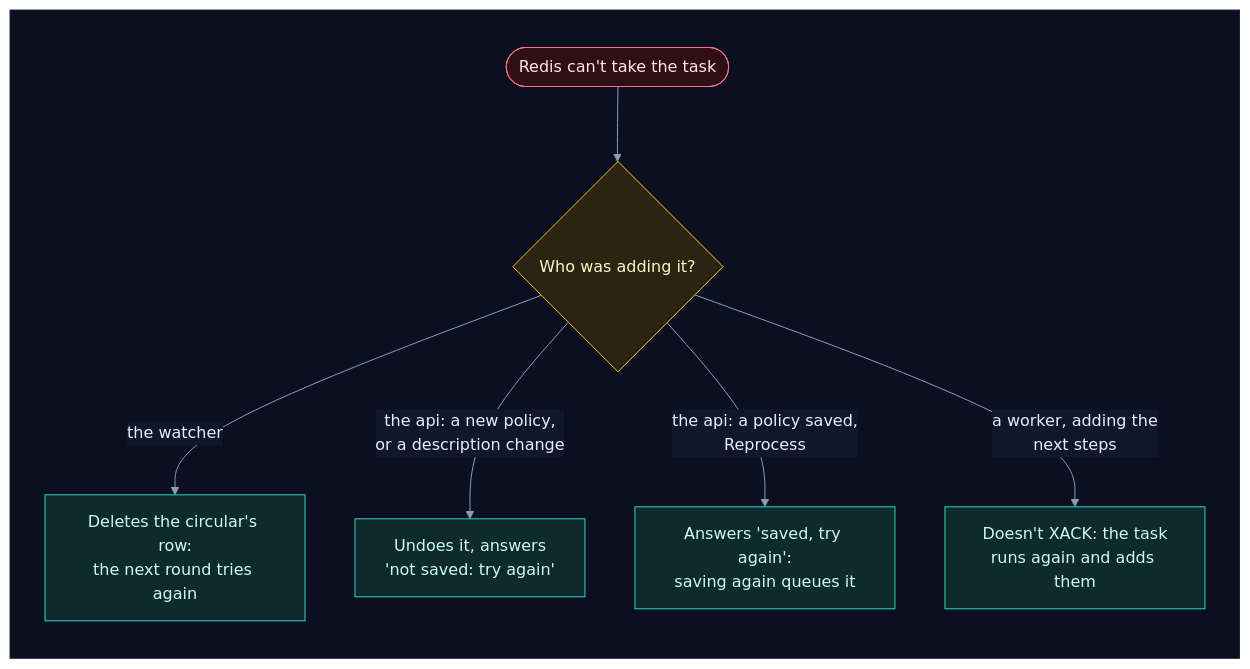
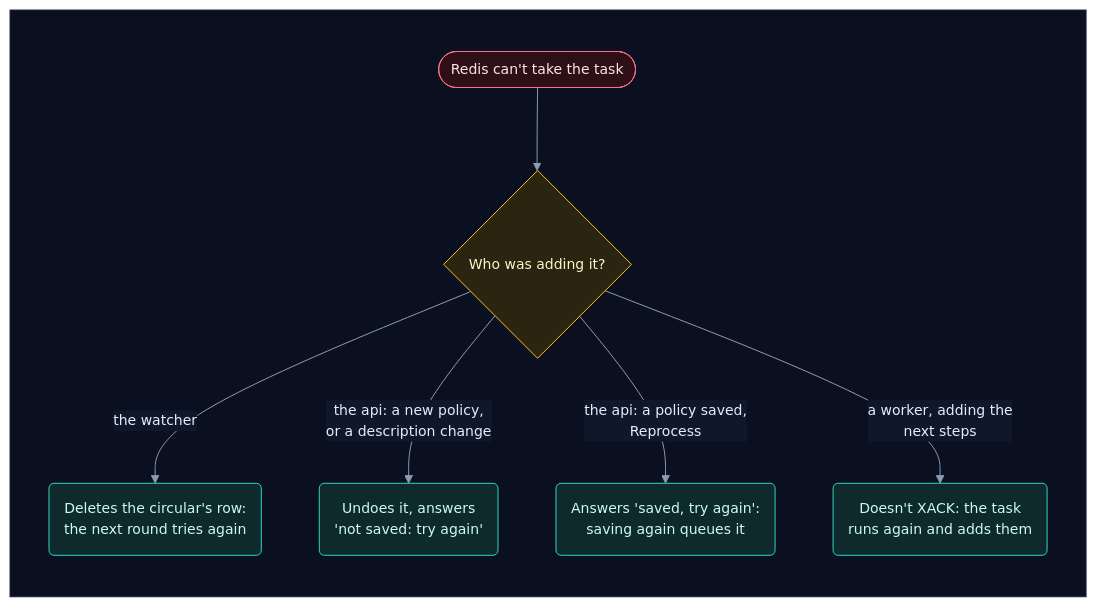
Before and after one commit to selvakumarperumal/Regulatory_Circular_Impact_Agent: diagram 11 of 21 in how_the_worker_works.md, drawn with Mermaid. The commit also changed other lines of this file and 5 other files, not shown here.

Commit message:
Give the docs' flowcharts a shape per kind of part, more room and slightly smaller text

````diff
--- a/how_the_worker_works.md
+++ b/how_the_worker_works.md
@@ -754,26 +754,26 @@
 ```mermaid
-%%{init: {"theme": "base", "flowchart": {"diagramPadding": 0}, "themeVariables": {"darkMode": true, "primaryColor": "#16213a", "primaryTextColor": "#e6edf7", "primaryBorderColor": "#475a7a", "lineColor": "#8b9bb4", "secondaryColor": "#1b2436", "tertiaryColor": "#101a2e", "edgeLabelBackground": "#0f172a", "textColor": "#e2e8f0", "clusterBkg": "#0f1728", "clusterBorder": "#2b3a55", "titleColor": "#c4b5fd", "nodeTextColor": "#e6edf7"}}}%%
+%%{init: {"theme": "base", "flowchart": {"diagramPadding": 0, "nodeSpacing": 58, "rankSpacing": 58, "curve": "basis"}, "themeVariables": {"fontSize": "14px", "darkMode": true, "primaryColor": "#16213a", "primaryTextColor": "#e6edf7", "primaryBorderColor": "#475a7a", "lineColor": "#8b9bb4", "secondaryColor": "#1b2436", "tertiaryColor": "#101a2e", "edgeLabelBackground": "#0f172a", "textColor": "#e2e8f0", "clusterBkg": "#0f1728", "clusterBorder": "#2b3a55", "titleColor": "#c4b5fd", "nodeTextColor": "#e6edf7"}}}%%
 flowchart TD
     subgraph canvas[" "]
         direction TB
         e(["Redis can't take the task"]) --> who{"Who was adding it?"}
-        who -->|"the watcher"| wa["Deletes the circular's row:<br/>the next round tries again"]
-        who -->|"the api: a new policy,<br/>or a description change"| ac["Undoes it, answers<br/>'not saved: try again'"]
-        who -->|"the api: a policy saved,<br/>Reprocess"| ae["Answers 'saved, try again':<br/>saving again queues it"]
-        who -->|"a worker, adding the<br/>next steps"| wo["Doesn't XACK: the task<br/>runs again and adds them"]
+        who -->|"the watcher"| wa("Deletes the circular's row:<br/>the next round tries again")
+        who -->|"the api: a new policy,<br/>or a description change"| ac("Undoes it, answers<br/>'not saved: try again'")
+        who -->|"the api: a policy saved,<br/>Reprocess"| ae("Answers 'saved, try again':<br/>saving again queues it")
+        who -->|"a worker, adding the<br/>next steps"| wo("Doesn't XACK: the task<br/>runs again and adds them")
     end
     classDef svc fill:#0e2a2c,stroke:#2dd4bf,color:#ccfbf1
     classDef data fill:#1c1a47,stroke:#818cf8,color:#e0e7ff
     classDef ext fill:#2a1640,stroke:#c084fc,color:#f3e8ff
     classDef gpu fill:#2d1b0c,stroke:#fb923c,color:#ffedd5
     classDef ask fill:#2a2410,stroke:#fbbf24,color:#fef3c7
     classDef ok fill:#0b2a1c,stroke:#34d399,color:#d1fae5
     classDef bad fill:#2e0f17,stroke:#fb7185,color:#ffe4e6
     classDef start fill:#1c2a0e,stroke:#a7ef6f,color:#ecfccb
     classDef muted fill:#1a2130,stroke:#64748b,color:#cbd5e1
     classDef queue fill:#0c2231,stroke:#38bdf8,color:#e0f2fe
     class e bad
     class who ask
     class wa,ac,ae,wo svc
     style canvas fill:#0b1020,stroke:#1e293b,color:#0b1020
 ```
````
